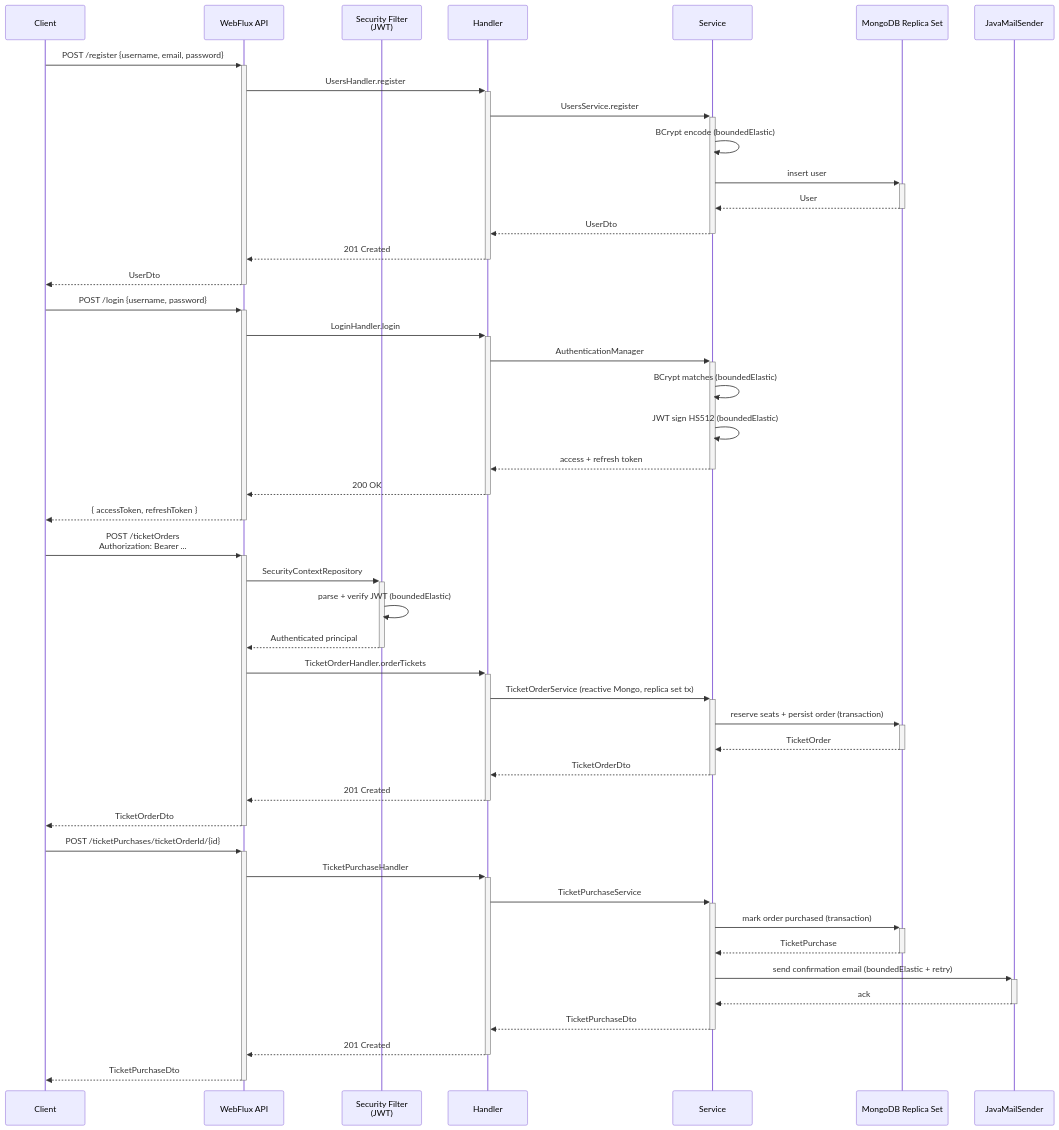
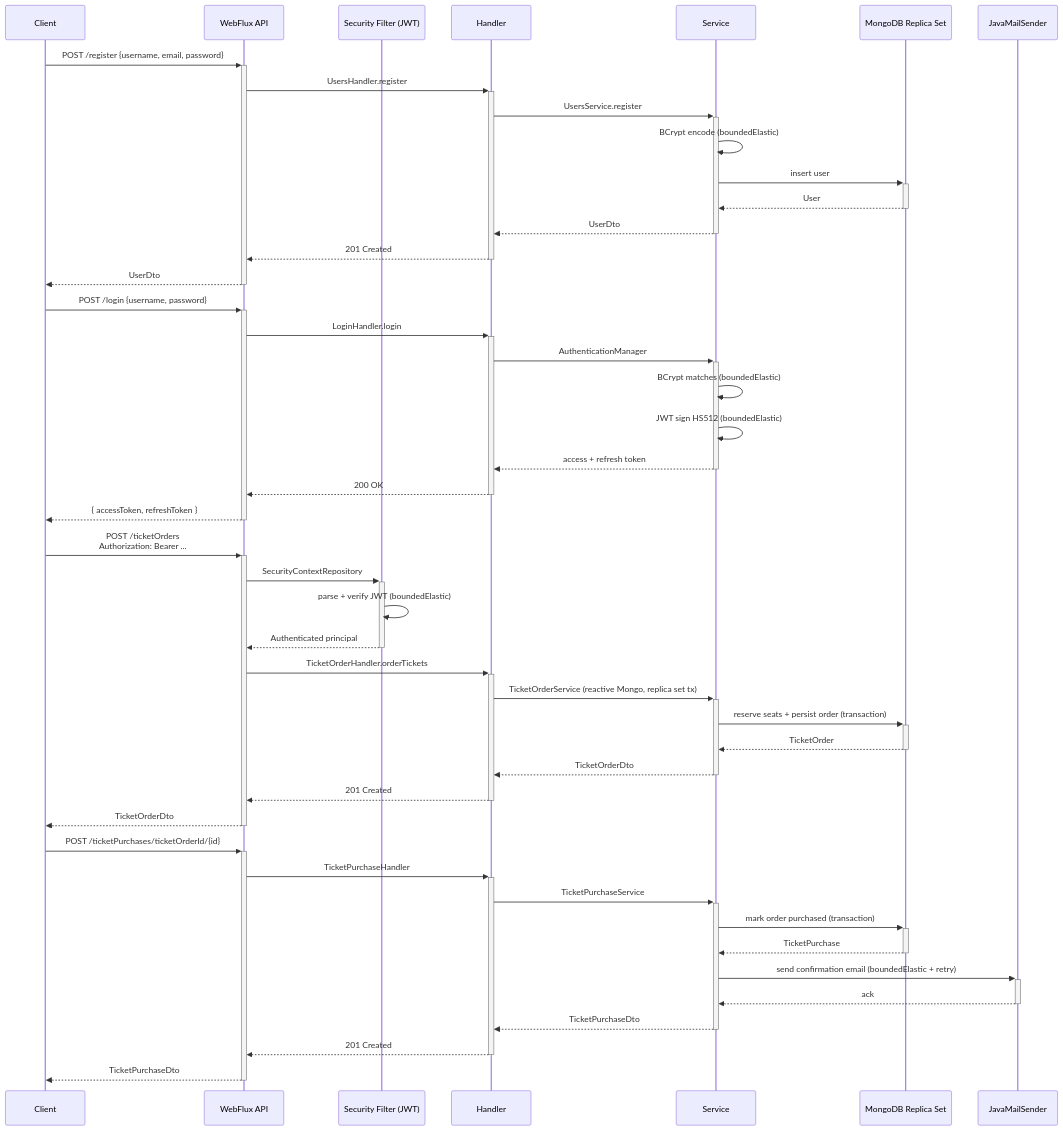
Before and after one commit to mrzodeczko-dev/Reactive-RESTful-API-Cinema-Ticketing-Platform-Spring-WebFlux-: the first of 4 diagrams in readme.md, drawn with Mermaid. The commit also changed other lines of this file, not shown here.

````diff
--- a/readme.md
+++ b/readme.md
@@ -60,52 +50,52 @@
 ```mermaid
 sequenceDiagram
     participant C as Client
     participant API as WebFlux API
-    participant Sec as Security Filter<br/>(JWT)
+    participant Sec as Security Filter (JWT)
     participant H as Handler
     participant S as Service
     participant DB as MongoDB Replica Set
     participant M as JavaMailSender
 
     C->>+API: POST /register {username, email, password}
     API->>+H: UsersHandler.register
     H->>+S: UsersService.register
     S->>S: BCrypt encode (boundedElastic)
     S->>+DB: insert user
     DB-->>-S: User
     S-->>-H: UserDto
     H-->>-API: 201 Created
     API-->>-C: UserDto
 
     C->>+API: POST /login {username, password}
     API->>+H: LoginHandler.login
     H->>+S: AuthenticationManager
     S->>S: BCrypt matches (boundedElastic)
     S->>S: JWT sign HS512 (boundedElastic)
     S-->>-H: access + refresh token
     H-->>-API: 200 OK
     API-->>-C: { accessToken, refreshToken }
 
     C->>+API: POST /ticketOrders<br/>Authorization: Bearer ...
     API->>+Sec: SecurityContextRepository
     Sec->>Sec: parse + verify JWT (boundedElastic)
     Sec-->>-API: Authenticated principal
     API->>+H: TicketOrderHandler.orderTickets
     H->>+S: TicketOrderService (reactive Mongo, replica set tx)
     S->>+DB: reserve seats + persist order (transaction)
     DB-->>-S: TicketOrder
     S-->>-H: TicketOrderDto
     H-->>-API: 201 Created
     API-->>-C: TicketOrderDto
 
     C->>+API: POST /ticketPurchases/ticketOrderId/{id}
     API->>+H: TicketPurchaseHandler
     H->>+S: TicketPurchaseService
     S->>+DB: mark order purchased (transaction)
     DB-->>-S: TicketPurchase
     S->>+M: send confirmation email (boundedElastic + retry)
     M-->>-S: ack
     S-->>-H: TicketPurchaseDto
     H-->>-API: 201 Created
     API-->>-C: TicketPurchaseDto
 ```
````
